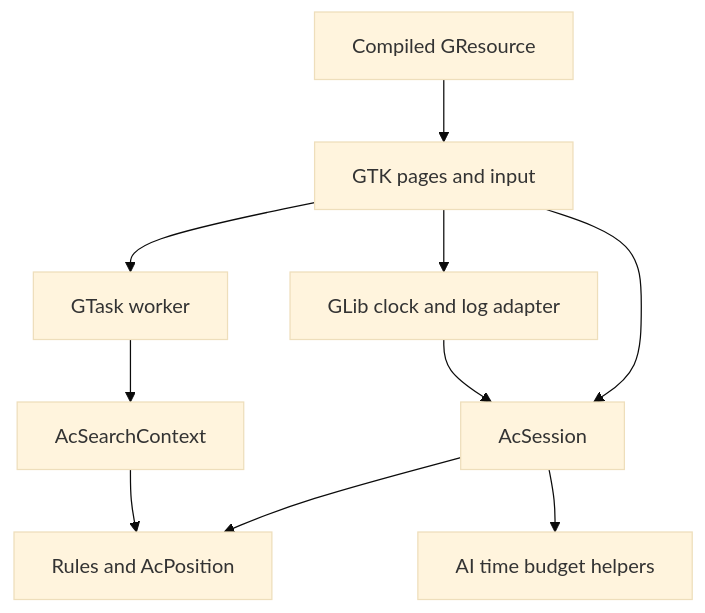
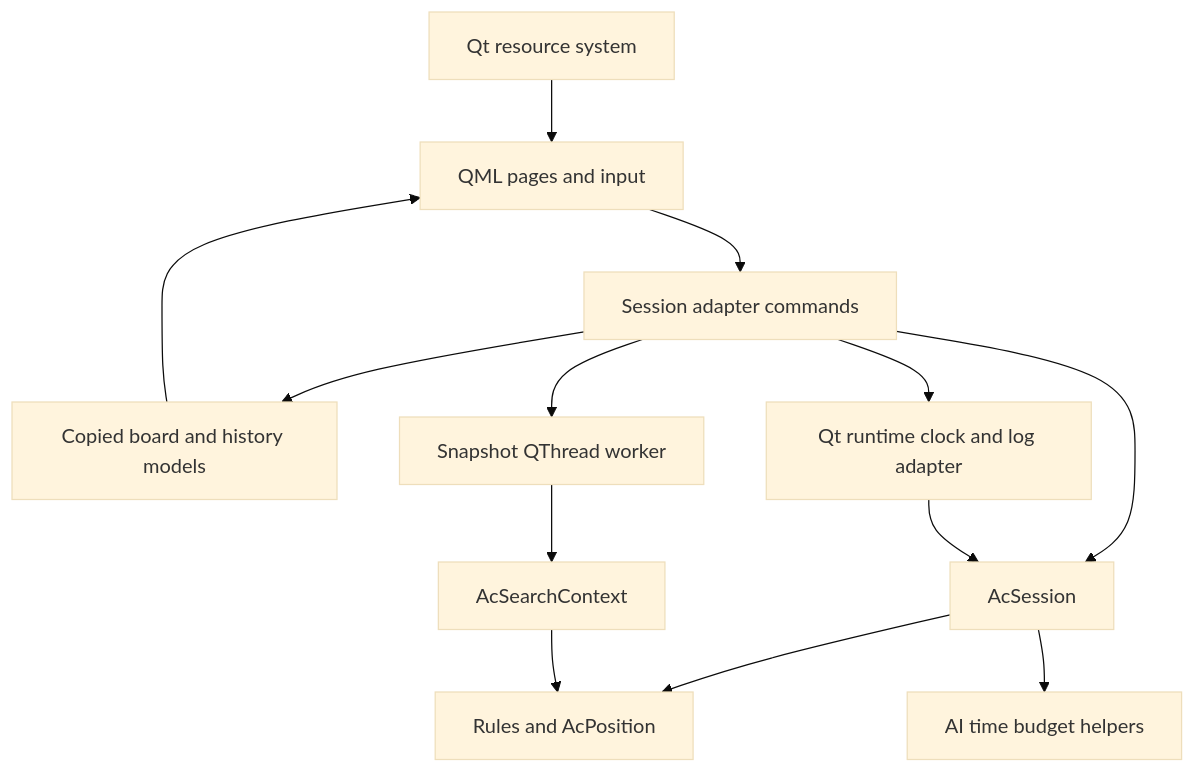
The first of 2 diagrams in docs/architecture/software-specification.md (Yide-Milo-Li/AnteaterChess-Reborn), drawn with Mermaid (base theme) before and after one commit. The commit also changed other lines of this file and 47 other files, not shown here.

Commit message:
refactor(desktop): retire GTK and deploy the Qt runtime

````diff
--- a/docs/architecture/software-specification.md
+++ b/docs/architecture/software-specification.md
@@ -7,12 +7,15 @@
 ```mermaid
 flowchart TD
-    GTK[GTK pages and input] --> Session[AcSession]
-    GTK --> Task[GTask worker]
+    QML[QML pages and input] --> Adapter[Session adapter commands]
+    Adapter --> Session[AcSession]
+    Adapter --> Models[Copied board and history models]
+    Models --> QML
+    Adapter --> Task[Snapshot QThread worker]
     Task --> AI[AcSearchContext]
     Session --> Rules[Rules and AcPosition]
     AI --> Rules
     Session --> Budget[AI time budget helpers]
-    GTK --> Platform[GLib clock and log adapter]
+    Adapter --> Platform[Qt runtime clock and log adapter]
     Platform --> Session
-    Resources[Compiled GResource] --> GTK
+    Resources[Qt resource system] --> QML
 ```
````
